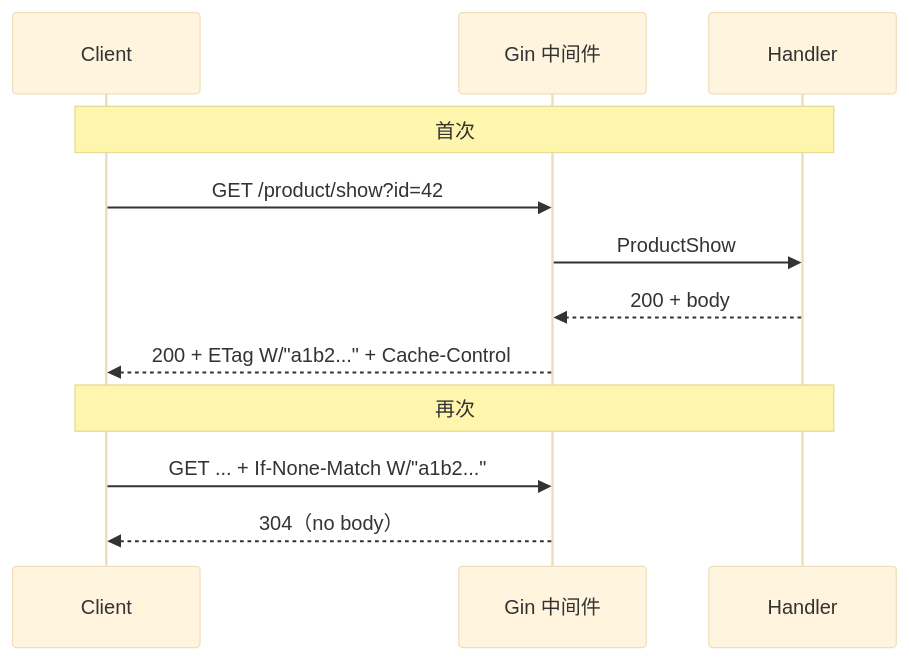
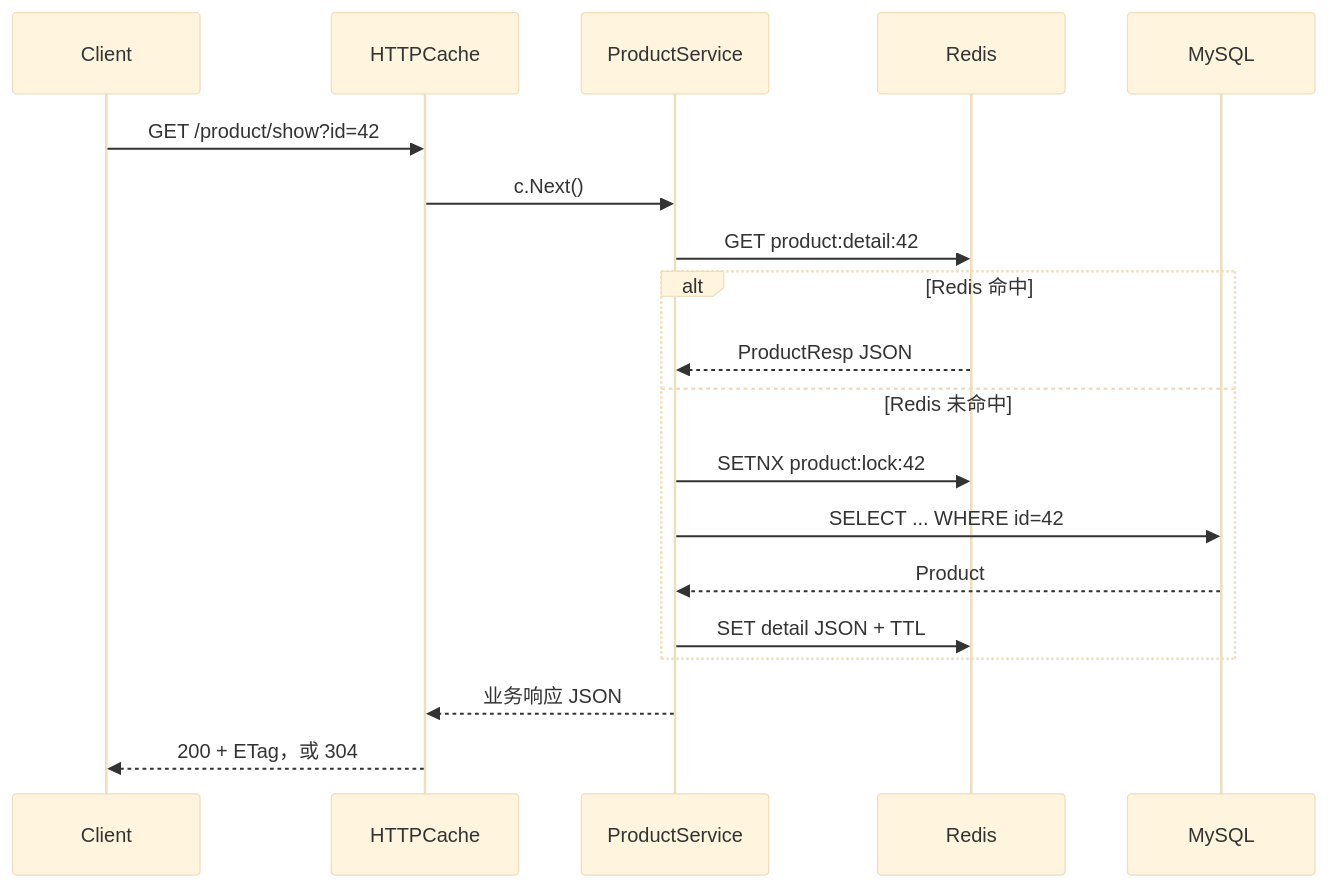
One commit to RedInn7/gomall changed the third of 5 diagrams in docs/lecture/02-product-display.md. Above: the diagram before and after it, drawn with Mermaid (base theme). The commit also changed other lines of this file, not shown here.

````diff
--- a/docs/lecture/02-product-display.md
+++ b/docs/lecture/02-product-display.md
@@ -287,15 +287,22 @@
 ```mermaid
 sequenceDiagram
     participant C as Client
-    participant Gin as Gin 中间件
-    participant H as Handler
+    participant H as HTTPCache
+    participant S as ProductService
+    participant R as Redis
+    participant DB as MySQL
 
-    Note over C,H: 首次
-    C->>Gin: GET /product/show?id=42
-    Gin->>H: ProductShow
-    H-->>Gin: 200 + body
-    Gin-->>C: 200 + ETag W/"a1b2..." + Cache-Control
-    Note over C,H: 再次
-    C->>Gin: GET ... + If-None-Match W/"a1b2..."
-    Gin-->>C: 304（no body）
+    C->>H: GET /product/show?id=42
+    H->>S: c.Next()
+    S->>R: GET product:detail:42
+    alt Redis 命中
+        R-->>S: ProductResp JSON
+    else Redis 未命中
+        S->>R: SETNX product:lock:42
+        S->>DB: SELECT ... WHERE id=42
+        DB-->>S: Product
+        S->>R: SET detail JSON + TTL
+    end
+    S-->>H: 业务响应 JSON
+    H-->>C: 200 + ETag，或 304
 ```
````
